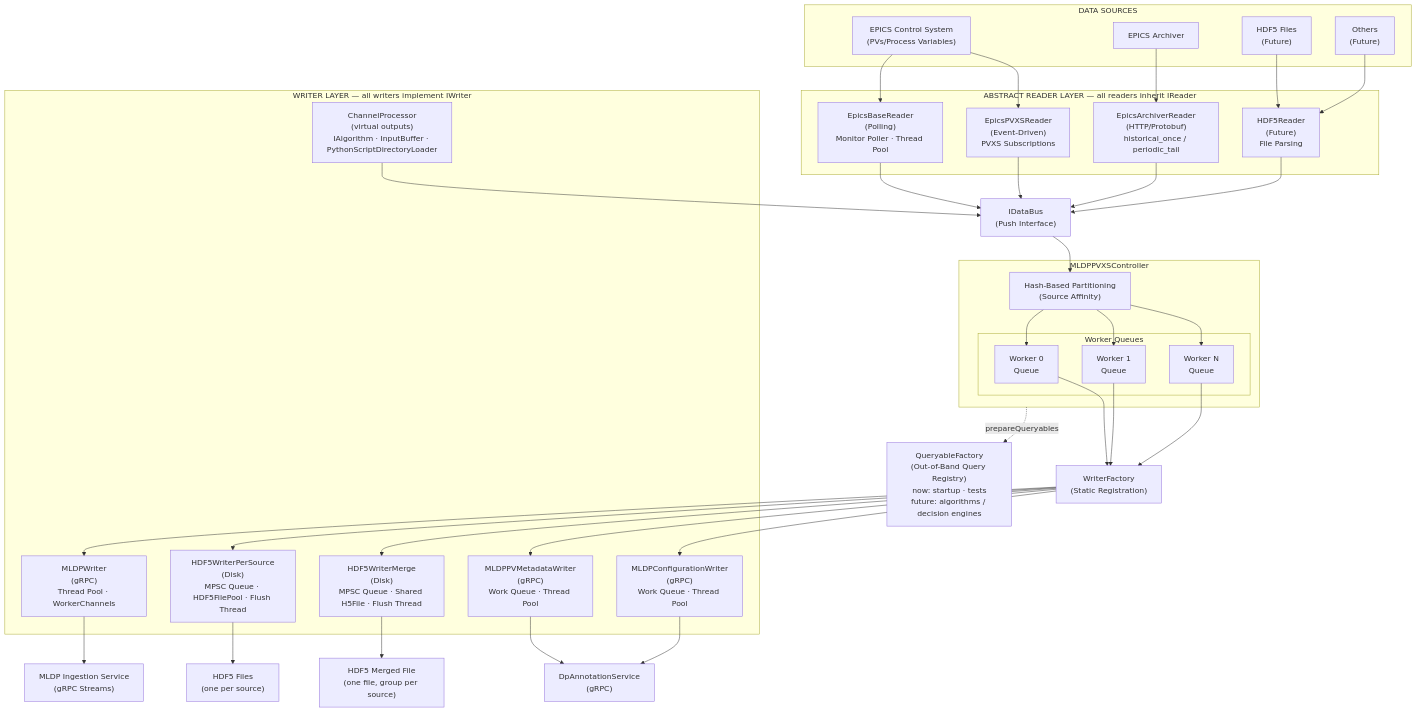
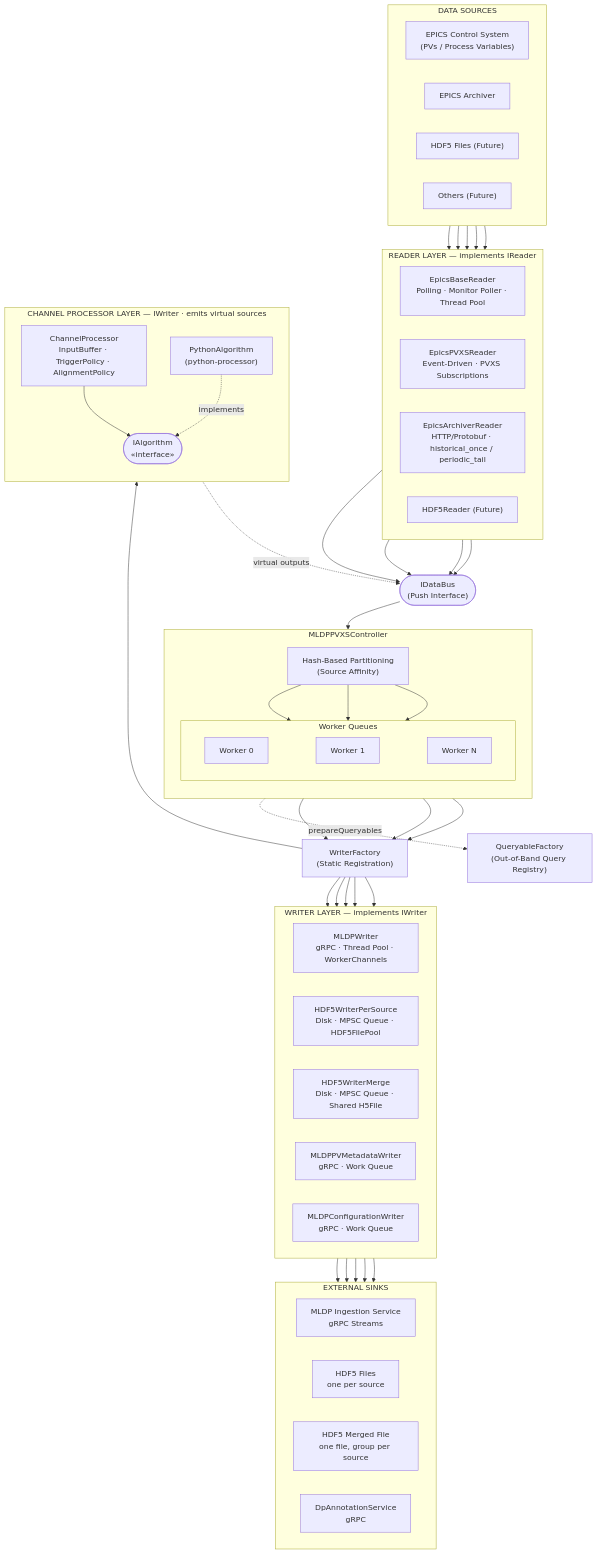
One commit to slaclab/mldp-pvxs-driver changed the first of 3 diagrams in docs/reference/architecture.md. Above: the diagram before and after it, drawn with Mermaid.

Commit message:
docs(architecture): update mermaid diagram for channel processor layer
Redesign the high-level architecture Mermaid diagram:
- Separate DATA SOURCES and READER/WRITER/SINKS into named subgraphs
  with cleaner direction hints
- Extract CHANNEL PROCESSOR LAYER as its own subgraph (separate from
  the writer layer) showing the IWriter + virtual source feedback role
- Show PythonAlgorithm as a separate block inside ProcessorLayer with
  an explicit dashed "implements" edge to IAlgorithm interface
- Tighten worker queue layout using ~~~ spacers
- Group external sinks into their own EXTERNAL SINKS subgraph

No PNG generated; the Mermaid source is the authoritative diagram.

````diff
--- a/docs/reference/architecture.md
+++ b/docs/reference/architecture.md
@@ -11,81 +11,81 @@
 ```mermaid
 flowchart TB
     subgraph DataSources["DATA SOURCES"]
-        DS1["EPICS Control System<br/>(PVs/Process Variables)"]
-        DS2["EPICS Archiver<br/>"]
-        DS3["HDF5 Files<br/>(Future)"]
-        DS4["Others<br/>(Future)"]
+        direction LR
+        DS1["EPICS Control System<br/>(PVs / Process Variables)"]
+        DS2["EPICS Archiver"]
+        DS3["HDF5 Files (Future)"]
+        DS4["Others (Future)"]
     end
 
-    subgraph ReaderLayer["ABSTRACT READER LAYER — all readers inherit IReader"]
-        R1["EpicsBaseReader<br/>(Polling)<br/>Monitor Poller · Thread Pool"]
-        R2["EpicsPVXSReader<br/>(Event-Driven)<br/>PVXS Subscriptions"]
-        R3["EpicsArchiverReader<br/>(HTTP/Protobuf)<br/>historical_once / periodic_tail"]
-        R4["HDF5Reader<br/>(Future)<br/>File Parsing"]
+    subgraph ReaderLayer["READER LAYER — implements IReader"]
+        direction LR
+        R1["EpicsBaseReader<br/>Polling · Monitor Poller · Thread Pool"]
+        R2["EpicsPVXSReader<br/>Event-Driven · PVXS Subscriptions"]
+        R3["EpicsArchiverReader<br/>HTTP/Protobuf · historical_once / periodic_tail"]
+        R4["HDF5Reader (Future)"]
     end
 
-    IDataBus["IDataBus<br/>(Push Interface)"]
+    IDataBus(["IDataBus<br/>(Push Interface)"])
+    QueryableFactory["QueryableFactory<br/>(Out-of-Band Query Registry)"]
+    WriterFactory["WriterFactory<br/>(Static Registration)"]
 
     subgraph Controller["MLDPPVXSController"]
+        direction TB
         HashPart["Hash-Based Partitioning<br/>(Source Affinity)"]
         subgraph Workers["Worker Queues"]
-            W0["Worker 0<br/>Queue"]
-            W1["Worker 1<br/>Queue"]
-            WN["Worker N<br/>Queue"]
+            direction LR
+            W0["Worker 0"] ~~~ W1["Worker 1"] ~~~ WN["Worker N"]
         end
+        HashPart --> W0
+        HashPart --> W1
+        HashPart --> WN
     end
 
-    QueryableFactory["QueryableFactory<br/>(Out-of-Band Query Registry)<br/>now: startup · tests<br/>future: algorithms / decision engines"]
-
-    WriterFactory["WriterFactory<br/>(Static Registration)"]
-
-    subgraph WriterLayer["WRITER LAYER — all writers implement IWriter"]
-        WR1["MLDPWriter<br/>(gRPC)<br/>Thread Pool · WorkerChannels"]
-        WR2["HDF5WriterPerSource<br/>(Disk)<br/>MPSC Queue · HDF5FilePool · Flush Thread"]
-        WR3["HDF5WriterMerge<br/>(Disk)<br/>MPSC Queue · Shared H5File · Flush Thread"]
-        WR4["MLDPPVMetadataWriter<br/>(gRPC)<br/>Work Queue · Thread Pool"]
-        WR5["MLDPConfigurationWriter<br/>(gRPC)<br/>Work Queue · Thread Pool"]
-        WR6["ChannelProcessor<br/>(virtual outputs)<br/>IAlgorithm · InputBuffer · PythonScriptDirectoryLoader"]
+    subgraph ProcessorLayer["CHANNEL PROCESSOR LAYER — IWriter · emits virtual sources"]
+        direction TB
+        WR6["ChannelProcessor<br/>InputBuffer · TriggerPolicy · AlignmentPolicy"]
+        IAlgo(["IAlgorithm<br/>«interface»"])
+        PA["PythonAlgorithm<br/>(python-processor)"]
+        WR6 --> IAlgo
+        PA -. implements .-> IAlgo
     end
 
-    MLDPService["MLDP Ingestion Service<br/>(gRPC Streams)"]
-    HDF5Files["HDF5 Files<br/>(one per source)"]
-    HDF5Merged["HDF5 Merged File<br/>(one file, group per source)"]
-    AnnotationService["DpAnnotationService<br/>(gRPC)"]
+    subgraph WriterLayer["WRITER LAYER — implements IWriter"]
+        direction LR
+        WR1["MLDPWriter<br/>gRPC · Thread Pool · WorkerChannels"]
+        WR2["HDF5WriterPerSource<br/>Disk · MPSC Queue · HDF5FilePool"]
+        WR3["HDF5WriterMerge<br/>Disk · MPSC Queue · Shared H5File"]
+        WR4["MLDPPVMetadataWriter<br/>gRPC · Work Queue"]
+        WR5["MLDPConfigurationWriter<br/>gRPC · Work Queue"]
+    end
 
-    DS1 --> R1
-    DS1 --> R2
+    subgraph Sinks["EXTERNAL SINKS"]
+        direction LR
+        MLDPService["MLDP Ingestion Service<br/>gRPC Streams"]
+        HDF5Files["HDF5 Files<br/>one per source"]
+        HDF5Merged["HDF5 Merged File<br/>one file, group per source"]
+        AnnotationService["DpAnnotationService<br/>gRPC"]
+    end
+
+    DS1 --> R1 & R2
     DS2 --> R3
-    DS3 --> R4
-    DS4 --> R4
+    DS3 & DS4 --> R4
 
-    R1 --> IDataBus
-    R2 --> IDataBus
-    R3 --> IDataBus
-    R4 --> IDataBus
+    R1 & R2 & R3 & R4 --> IDataBus
 
     IDataBus --> HashPart
     IDataBus ~~~ QueryableFactory
-    HashPart --> W0
-    HashPart --> W1
-    HashPart --> WN
-
     Controller -. prepareQueryables .-> QueryableFactory
 
-    W0 --> WriterFactory
-    W1 --> WriterFactory
-    WN --> WriterFactory
+    W0 & W1 & WN --> WriterFactory
+    WriterFactory --> WR6
+    WriterFactory --> WR1 & WR2 & WR3 & WR4 & WR5
 
-    WriterFactory --> WR1
-    WriterFactory --> WR2
-    WriterFactory --> WR3
-    WriterFactory --> WR4
-    WriterFactory --> WR5
+    WR6 -."virtual outputs".-> IDataBus
 
     WR1 --> MLDPService
     WR2 --> HDF5Files
     WR3 --> HDF5Merged
-    WR4 --> AnnotationService
-    WR5 --> AnnotationService
-    WR6 --> IDataBus
+    WR4 & WR5 --> AnnotationService
 ```
````
